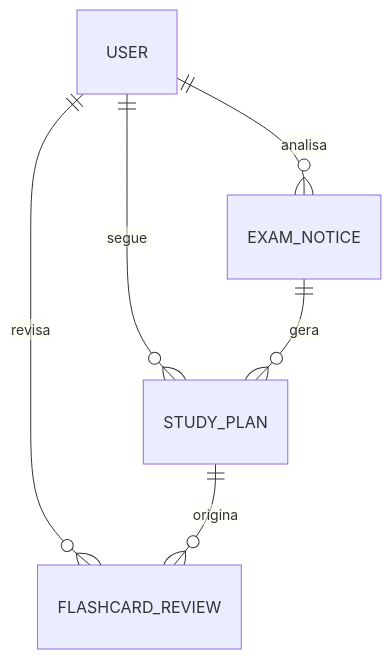
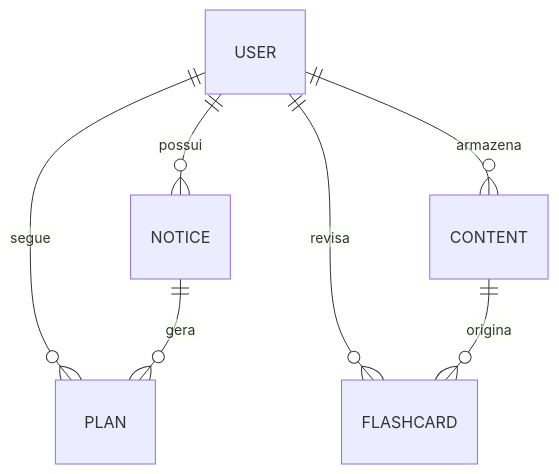
The diagram in PRD.md (henriquerosa2019/IGP-Estudos), drawn with Mermaid before and after one commit. The commit also changed other lines of this file and 1 other file, not shown here.

First line of the commit message:
feat(PlanViewer): Improve topic display and text wrapping

````diff
--- a/PRD.md
+++ b/PRD.md
@@ -76,8 +96,9 @@
 ```mermaid
 erDiagram
-    USER ||--o{ EXAM_NOTICE : "analisa"
-    USER ||--o{ STUDY_PLAN : "segue"
-    USER ||--o{ FLASHCARD_REVIEW : "revisa"
-    EXAM_NOTICE ||--o{ STUDY_PLAN : "gera"
-    STUDY_PLAN ||--o{ FLASHCARD_REVIEW : "origina"
+    USER ||--o{ NOTICE : "possui"
+    USER ||--o{ PLAN : "segue"
+    USER ||--o{ CONTENT : "armazena"
+    USER ||--o{ FLASHCARD : "revisa"
+    NOTICE ||--o{ PLAN : "gera"
+    CONTENT ||--o{ FLASHCARD : "origina"
 ```
````
